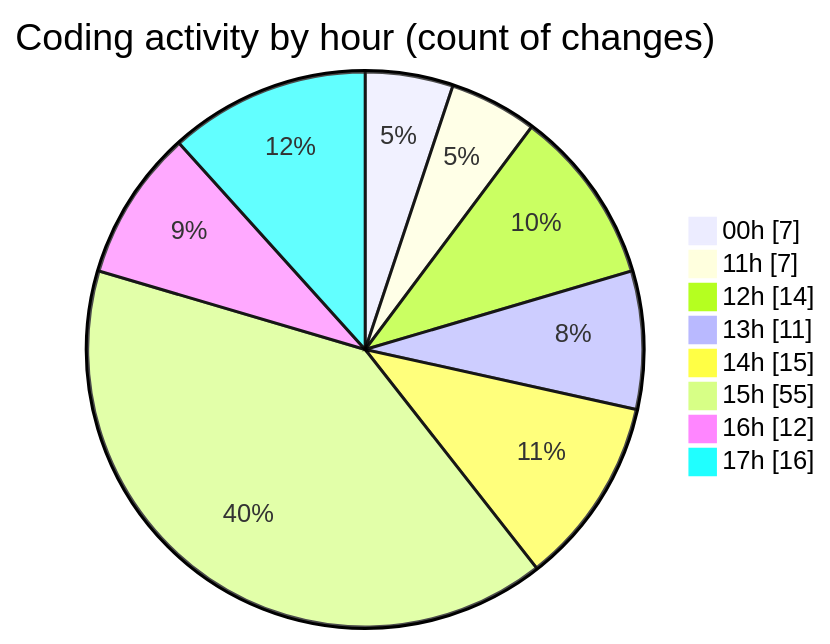
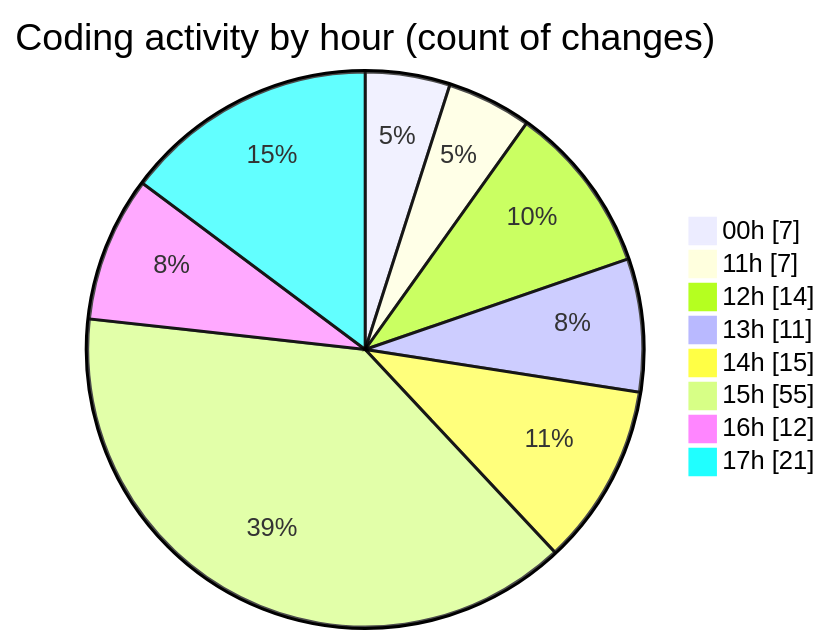
One commit to julien-gomy/code-tracking changed the second of 2 diagrams in 2025-10-08/eventscop-frontend-guide__workspace_/README.md. Above: the diagram before and after it, drawn with Mermaid. The commit also changed other lines of this file and 1 other file, not shown here.

````diff
--- a/2025-10-08/eventscop-frontend-guide__workspace_/README.md
+++ b/2025-10-08/eventscop-frontend-guide__workspace_/README.md
@@ -53,12 +55,12 @@
 ```mermaid
 pie showData
 title Coding activity by hour (count of changes)
 "00h" : 7
 "11h" : 7
 "12h" : 14
 "13h" : 11
 "14h" : 15
 "15h" : 55
 "16h" : 12
-"17h" : 16
+"17h" : 21
 ```
````
